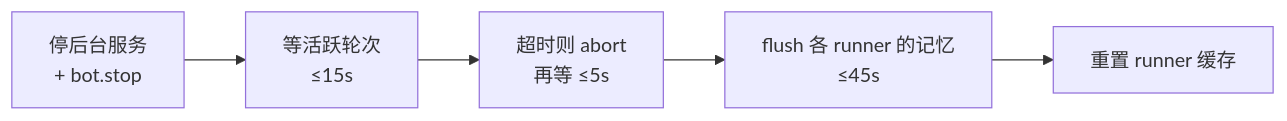
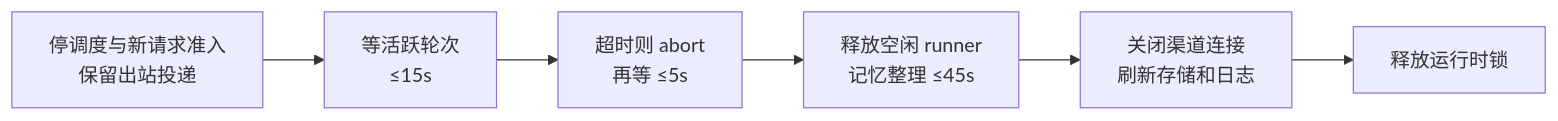
The fourth of 4 diagrams in docs/architecture.md (oyasmi/pipiclaw), drawn with Mermaid before and after one commit. The commit also changed other lines of this file and 24 other files, not shown here.

````diff
--- a/docs/architecture.md
+++ b/docs/architecture.md
@@ -449,4 +446,4 @@
 ```mermaid
 flowchart LR
-    A[停后台服务<br/>+ bot.stop] --> B[等活跃轮次<br/>≤15s] --> C[超时则 abort<br/>再等 ≤5s] --> D[flush 各 runner 的记忆<br/>≤45s] --> E[重置 runner 缓存]
+    A[停调度与新请求准入<br/>保留出站投递] --> B[等活跃轮次<br/>≤15s] --> C[超时则 abort<br/>再等 ≤5s] --> D[释放空闲 runner<br/>记忆整理 ≤45s] --> E[关闭渠道连接<br/>刷新存储和日志] --> F[释放运行时锁]
 ```
````
